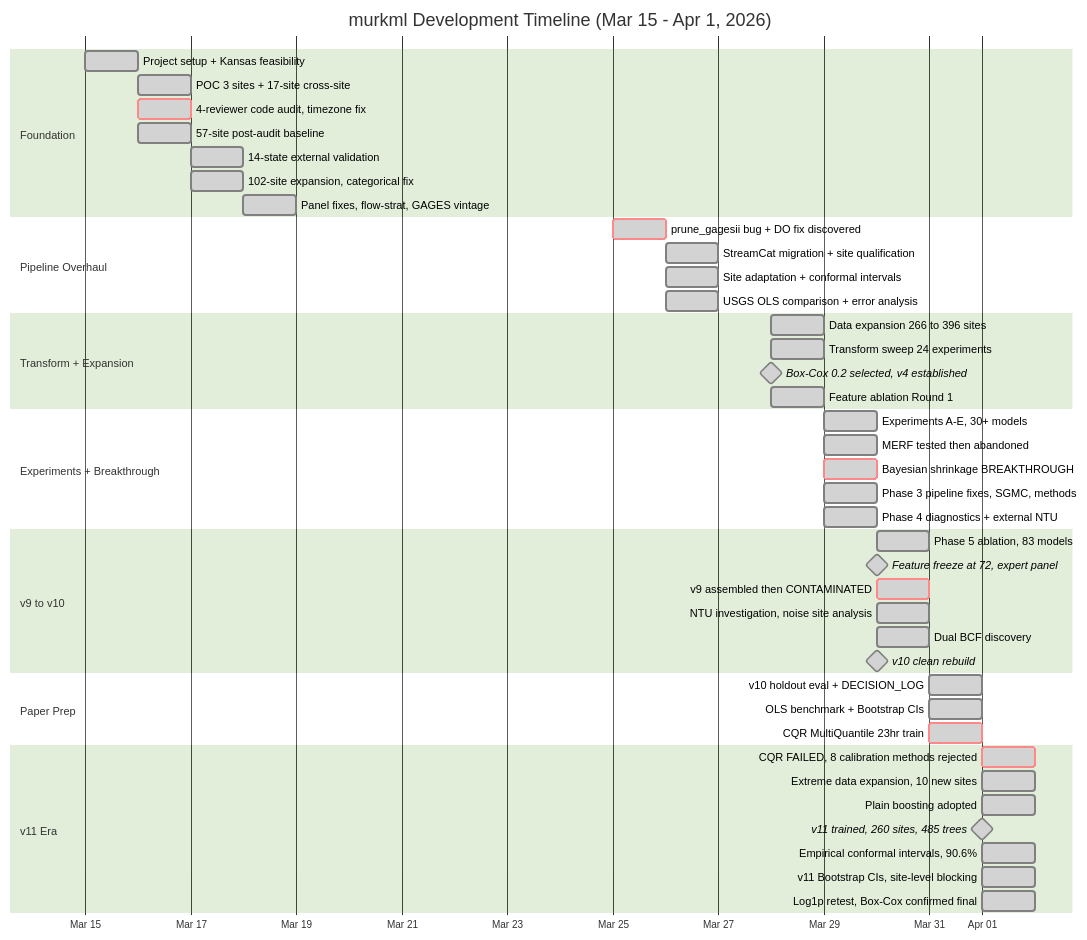
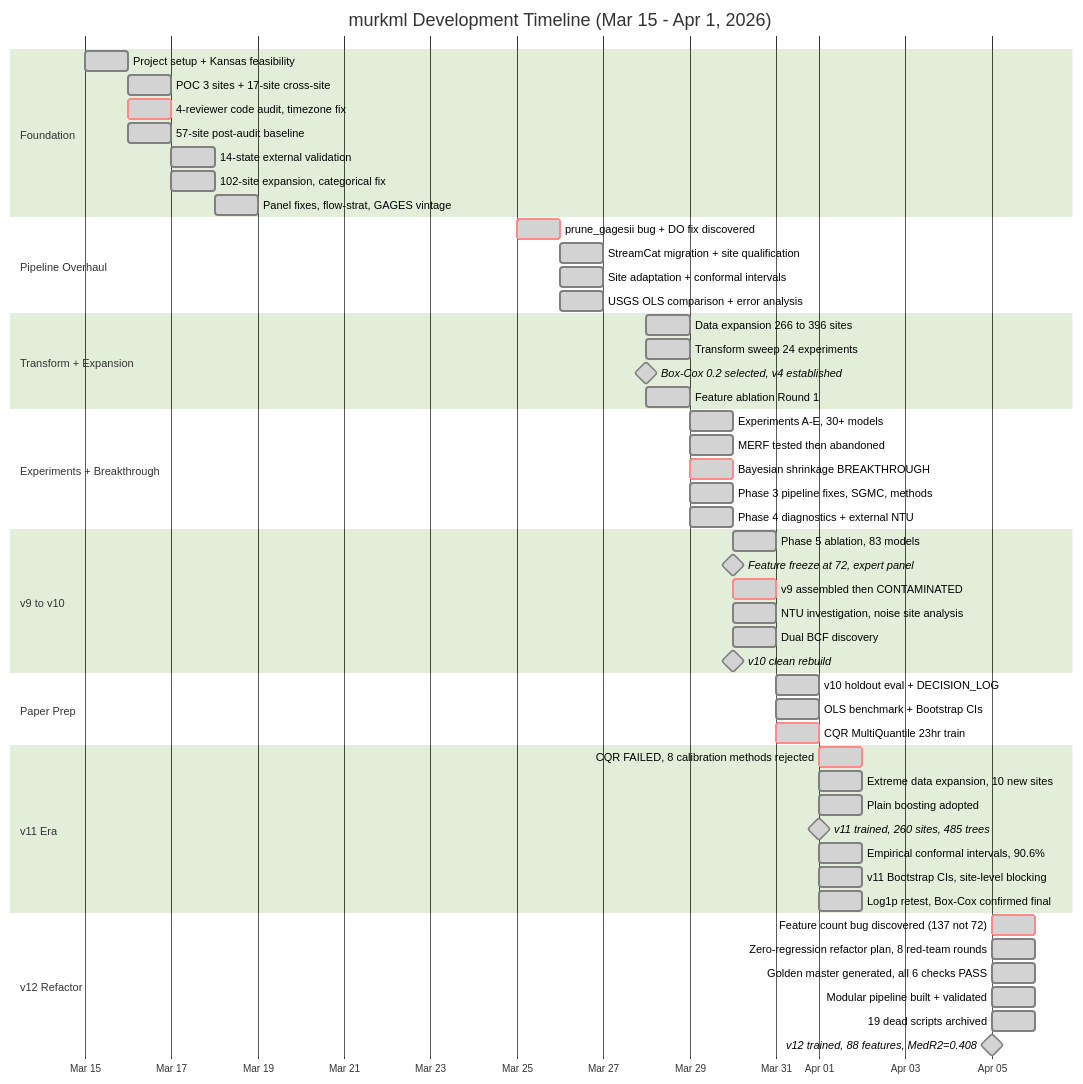
The diagram in dashboard/images/gantt_timeline.mmd (Whiteaeros/murkml), drawn with Mermaid (forest theme) before and after one commit. The commit also changed 4 other files, not shown here.

First line of the commit message:
Re-render dashboard diagrams for v12

```diff
--- a/dashboard/images/gantt_timeline.mmd
+++ b/dashboard/images/gantt_timeline.mmd
@@ -1,54 +1,62 @@
 gantt
     title murkml Development Timeline (Mar 15 - Apr 1, 2026)
     dateFormat YYYY-MM-DD
     axisFormat %b %d
 
     section Foundation
     Project setup + Kansas feasibility     :done, 2026-03-15, 1d
     POC 3 sites + 17-site cross-site       :done, 2026-03-16, 1d
     4-reviewer code audit, timezone fix     :crit, done, 2026-03-16, 1d
     57-site post-audit baseline             :done, 2026-03-16, 1d
     14-state external validation            :done, 2026-03-17, 1d
     102-site expansion, categorical fix     :done, 2026-03-17, 1d
     Panel fixes, flow-strat, GAGES vintage  :done, 2026-03-18, 1d
 
     section Pipeline Overhaul
     prune_gagesii bug + DO fix discovered   :crit, done, 2026-03-25, 1d
     StreamCat migration + site qualification:done, 2026-03-26, 1d
     Site adaptation + conformal intervals   :done, 2026-03-26, 1d
     USGS OLS comparison + error analysis    :done, 2026-03-26, 1d
 
     section Transform + Expansion
     Data expansion 266 to 396 sites         :done, 2026-03-28, 1d
     Transform sweep 24 experiments          :done, 2026-03-28, 1d
     Box-Cox 0.2 selected, v4 established    :milestone, done, 2026-03-28, 0d
     Feature ablation Round 1                :done, 2026-03-28, 1d
 
     section Experiments + Breakthrough
     Experiments A-E, 30+ models             :done, 2026-03-29, 1d
     MERF tested then abandoned              :done, 2026-03-29, 1d
     Bayesian shrinkage BREAKTHROUGH         :crit, done, 2026-03-29, 1d
     Phase 3 pipeline fixes, SGMC, methods   :done, 2026-03-29, 1d
     Phase 4 diagnostics + external NTU      :done, 2026-03-29, 1d
 
     section v9 to v10
     Phase 5 ablation, 83 models             :done, 2026-03-30, 1d
     Feature freeze at 72, expert panel      :milestone, done, 2026-03-30, 0d
     v9 assembled then CONTAMINATED          :crit, done, 2026-03-30, 1d
     NTU investigation, noise site analysis  :done, 2026-03-30, 1d
     Dual BCF discovery                      :done, 2026-03-30, 1d
     v10 clean rebuild                       :milestone, done, 2026-03-30, 0d
 
     section Paper Prep
     v10 holdout eval + DECISION_LOG         :done, 2026-03-31, 1d
     OLS benchmark + Bootstrap CIs           :done, 2026-03-31, 1d
     CQR MultiQuantile 23hr train            :crit, done, 2026-03-31, 1d
 
     section v11 Era
     CQR FAILED, 8 calibration methods rejected :crit, done, 2026-04-01, 1d
     Extreme data expansion, 10 new sites    :done, 2026-04-01, 1d
     Plain boosting adopted                  :done, 2026-04-01, 1d
     v11 trained, 260 sites, 485 trees       :milestone, done, 2026-04-01, 0d
     Empirical conformal intervals, 90.6%    :done, 2026-04-01, 1d
     v11 Bootstrap CIs, site-level blocking  :done, 2026-04-01, 1d
     Log1p retest, Box-Cox confirmed final   :done, 2026-04-01, 1d
+
+    section v12 Refactor
+    Feature count bug discovered (137 not 72) :crit, done, 2026-04-05, 1d
+    Zero-regression refactor plan, 8 red-team rounds :done, 2026-04-05, 1d
+    Golden master generated, all 6 checks PASS :done, 2026-04-05, 1d
+    Modular pipeline built + validated      :done, 2026-04-05, 1d
+    19 dead scripts archived                :done, 2026-04-05, 1d
+    v12 trained, 88 features, MedR2=0.408   :milestone, done, 2026-04-05, 0d
```
